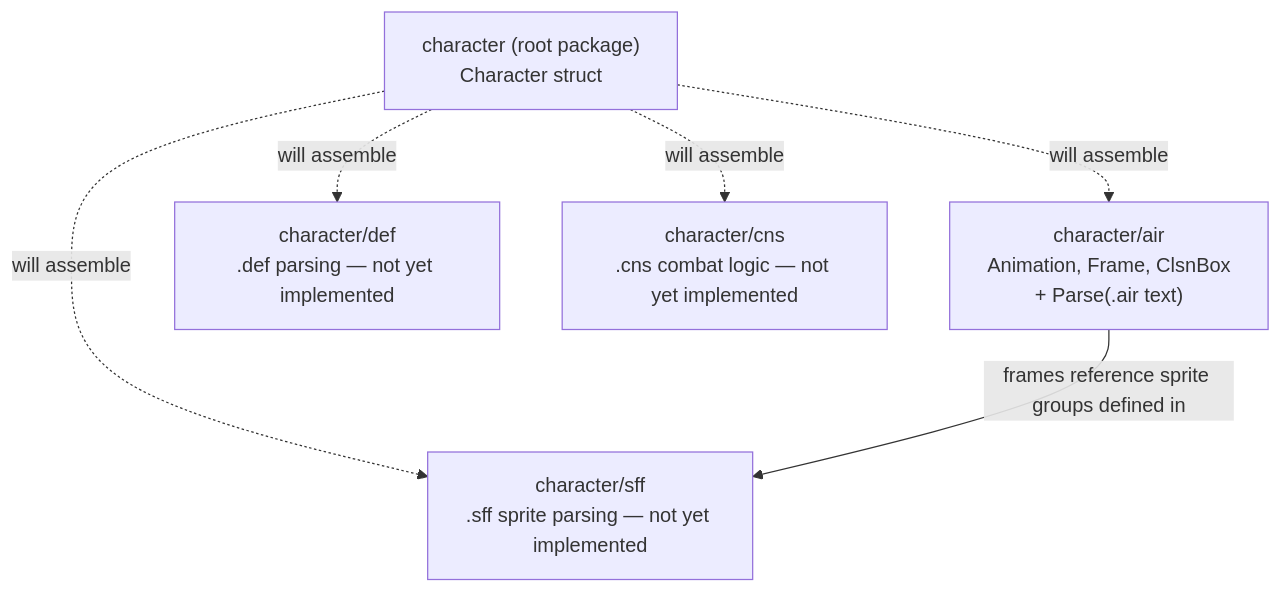
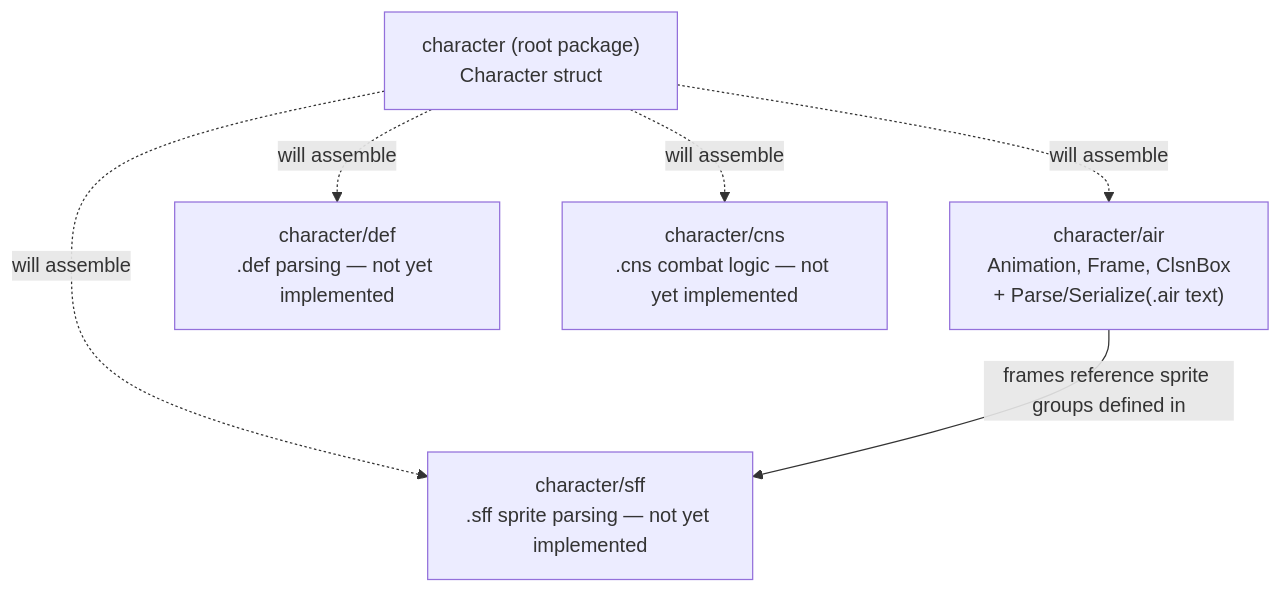
The diagram in docs/architecture.md (openkakutou/character), drawn with Mermaid before and after one commit. The commit also changed other lines of this file and 9 other files, not shown here.

Commit message:
feat: animations can now be exported back into .air text — actions, frame sequences, collision boxes, and loop points are all written out in valid, re-readable MUGEN/Ikemen syntax

````diff
--- a/docs/architecture.md
+++ b/docs/architecture.md
@@ -11,14 +11,14 @@
 ```mermaid
 graph TD
     root["character (root package)<br/>Character struct"]
-    air["character/air<br/>Animation, Frame, ClsnBox<br/>+ Parse(.air text)"]
+    air["character/air<br/>Animation, Frame, ClsnBox<br/>+ Parse/Serialize(.air text)"]
     def["character/def<br/>.def parsing — not yet implemented"]
     sff["character/sff<br/>.sff sprite parsing — not yet implemented"]
     cns["character/cns<br/>.cns combat logic — not yet implemented"]
 
     root -.->|will assemble| air
     root -.->|will assemble| def
     root -.->|will assemble| sff
     root -.->|will assemble| cns
     air -->|frames reference sprite groups defined in| sff
 ```
````
